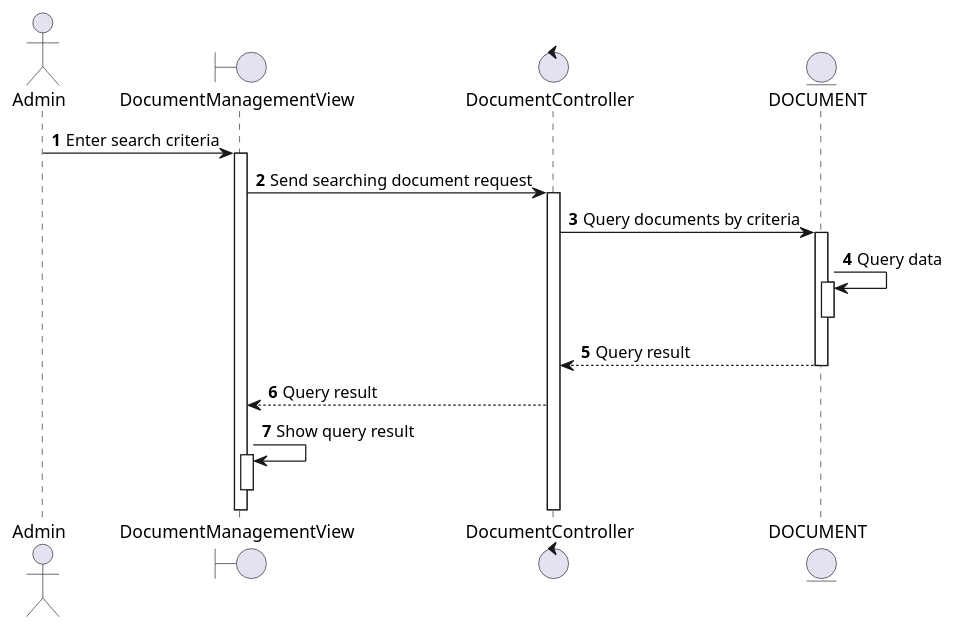
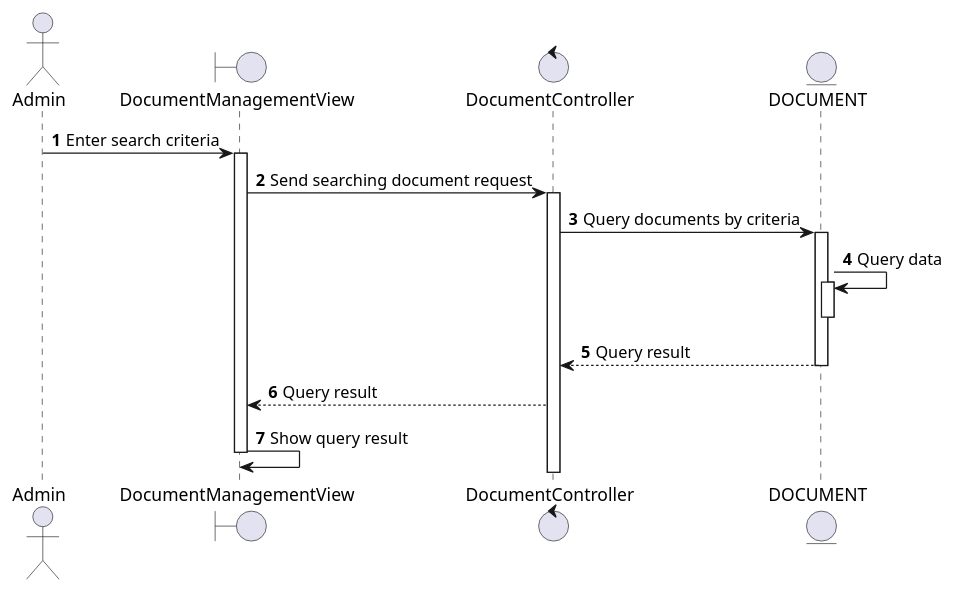
The diagram in docs/docs/sequence/adjust-document/search-document.md (electricilies/electricilies.github.io), drawn with PlantUML before and after one commit. The commit also changed 3 other files, not shown here.

````diff
--- a/docs/docs/sequence/adjust-document/search-document.md
+++ b/docs/docs/sequence/adjust-document/search-document.md
@@ -3,27 +3,27 @@
 ```plantuml
 @startuml
 autonumber
 
 actor Admin as A
 boundary DocumentManagementView as DMV
 control DocumentController as DC
 entity DOCUMENT as D
 
 A -> DMV: Enter search criteria
 activate DMV
 DMV -> DC: Send searching document request
 activate DC
 DC -> D: Query documents by criteria
 activate D
 D -> D: Query data
 activate D
 deactivate D
 DC <-- D: Query result
 deactivate D
 DMV <-- DC: Query result
 DMV -> DMV: Show query result
-activate DMV
+
 deactivate DMV
 
 @enduml
 ```
````
